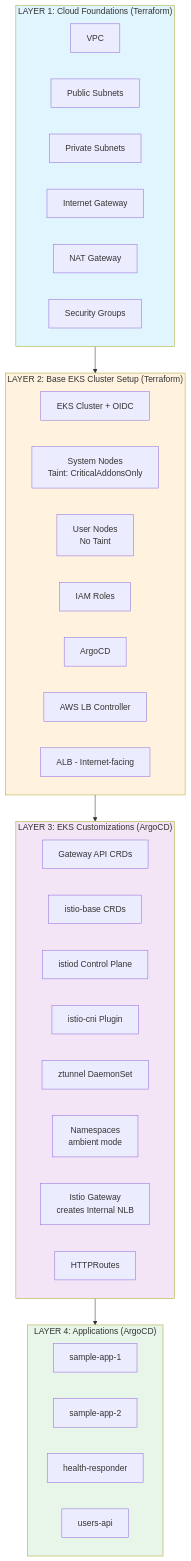
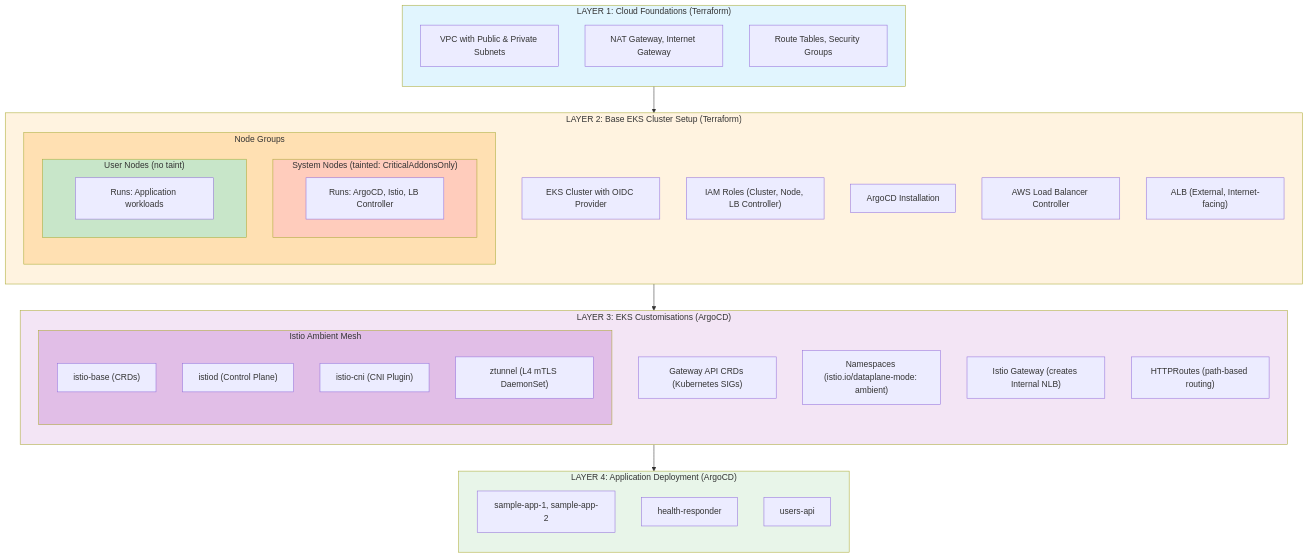
The third of 4 diagrams in README.md (shanaka-versent/EKS-Istio-GatewayAPI-Deom), drawn with Mermaid before and after one commit.

Commit message:
docs: Update Architecture Layers diagram with detailed hierarchy

````diff
--- a/README.md
+++ b/README.md
@@ -115,48 +115,62 @@
 ```mermaid
 flowchart TB
     subgraph L1["LAYER 1: Cloud Foundations (Terraform)"]
-        VPC[VPC]
-        PubSub[Public Subnets]
-        PrivSub[Private Subnets]
-        IGW[Internet Gateway]
-        NAT[NAT Gateway]
-        SG[Security Groups]
+        direction TB
+        L1A["VPC with Public & Private Subnets"]
+        L1B["NAT Gateway, Internet Gateway"]
+        L1C["Route Tables, Security Groups"]
     end
 
     subgraph L2["LAYER 2: Base EKS Cluster Setup (Terraform)"]
-        EKS[EKS Cluster + OIDC]
-        SysNodes[System Nodes<br/>Taint: CriticalAddonsOnly]
-        UserNodes[User Nodes<br/>No Taint]
-        IAM[IAM Roles]
-        ArgoCD[ArgoCD]
-        LBC[AWS LB Controller]
-        ALB[ALB - Internet-facing]
+        direction TB
+        L2A["EKS Cluster with OIDC Provider"]
+        subgraph L2Nodes["Node Groups"]
+            direction TB
+            subgraph L2Sys["System Nodes (tainted: CriticalAddonsOnly)"]
+                L2SysRuns["Runs: ArgoCD, Istio, LB Controller"]
+            end
+            subgraph L2User["User Nodes (no taint)"]
+                L2UserRuns["Runs: Application workloads"]
+            end
+        end
+        L2B["IAM Roles (Cluster, Node, LB Controller)"]
+        L2C["ArgoCD Installation"]
+        L2D["AWS Load Balancer Controller"]
+        L2E["ALB (External, Internet-facing)"]
     end
 
-    subgraph L3["LAYER 3: EKS Customizations (ArgoCD)"]
-        GWAPI[Gateway API CRDs]
-        IstioBase[istio-base CRDs]
-        Istiod[istiod Control Plane]
-        IstioCNI[istio-cni Plugin]
-        Ztunnel[ztunnel DaemonSet]
-        NS[Namespaces<br/>ambient mode]
-        GW[Istio Gateway<br/>creates Internal NLB]
-        Routes[HTTPRoutes]
+    subgraph L3["LAYER 3: EKS Customisations (ArgoCD)"]
+        direction TB
+        L3A["Gateway API CRDs (Kubernetes SIGs)"]
+        subgraph L3Istio["Istio Ambient Mesh"]
+            direction TB
+            L3I1["istio-base (CRDs)"]
+            L3I2["istiod (Control Plane)"]
+            L3I3["istio-cni (CNI Plugin)"]
+            L3I4["ztunnel (L4 mTLS DaemonSet)"]
+        end
+        L3B["Namespaces (istio.io/dataplane-mode: ambient)"]
+        L3C["Istio Gateway (creates Internal NLB)"]
+        L3D["HTTPRoutes (path-based routing)"]
     end
 
-    subgraph L4["LAYER 4: Applications (ArgoCD)"]
-        App1[sample-app-1]
-        App2[sample-app-2]
-        Health[health-responder]
-        API[users-api]
+    subgraph L4["LAYER 4: Application Deployment (ArgoCD)"]
+        direction TB
+        L4A["sample-app-1, sample-app-2"]
+        L4B["health-responder"]
+        L4C["users-api"]
     end
 
     L1 --> L2
     L2 --> L3
     L3 --> L4
 
     style L1 fill:#e1f5fe
     style L2 fill:#fff3e0
     style L3 fill:#f3e5f5
     style L4 fill:#e8f5e9
+    style L2Nodes fill:#ffe0b2
+    style L2Sys fill:#ffccbc
+    style L2User fill:#c8e6c9
+    style L3Istio fill:#e1bee7
 ```
````
